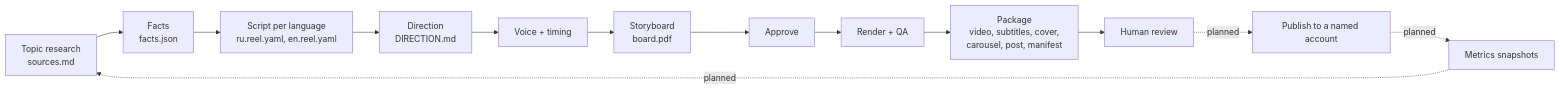
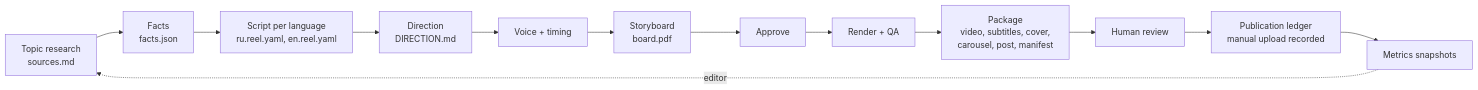
Before and after one commit to eiler2005/Storygro: the first of 2 diagrams in docs/workflows.md, drawn with Mermaid. The commit also changed other lines of this file and 28 other files, not shown here.

````diff
--- a/docs/workflows.md
+++ b/docs/workflows.md
@@ -11,15 +11,15 @@
 ```mermaid
 flowchart LR
   R[Topic research<br/>sources.md] --> F[Facts<br/>facts.json]
   F --> S[Script per language<br/>ru.reel.yaml, en.reel.yaml]
   S --> D[Direction<br/>DIRECTION.md]
   D --> V[Voice + timing]
   V --> B[Storyboard<br/>board.pdf]
   B --> A[Approve]
   A --> P[Render + QA]
   P --> K[Package<br/>video, subtitles, cover,<br/>carousel, post, manifest]
   K --> H[Human review]
-  H -.planned.-> PUB[Publish to a named account]
-  PUB -.planned.-> M[Metrics snapshots]
-  M -.planned.-> R
+  H --> PUB[Publication ledger<br/>manual upload recorded]
+  PUB --> M[Metrics snapshots]
+  M -.editor.-> R
 ```
````
